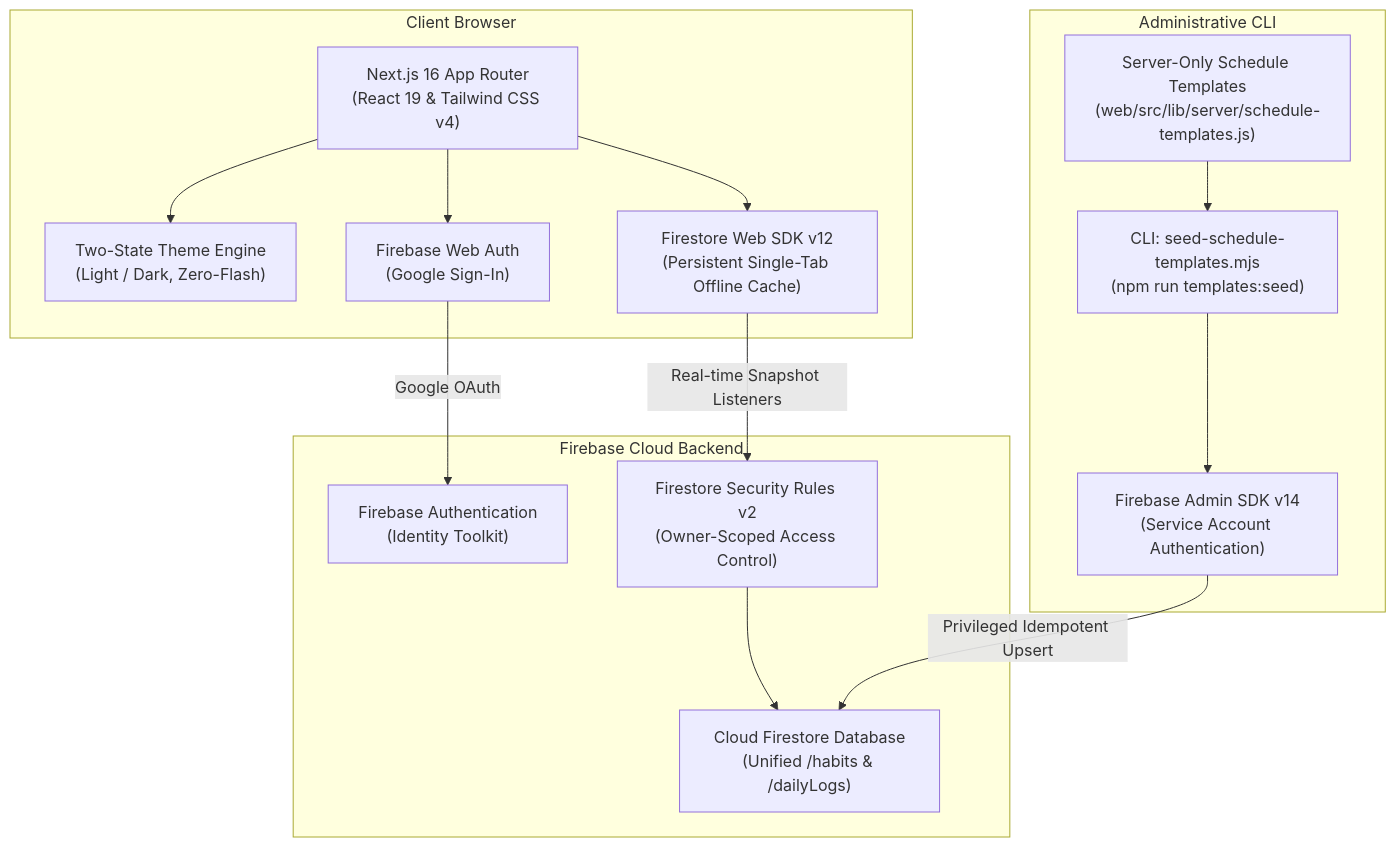
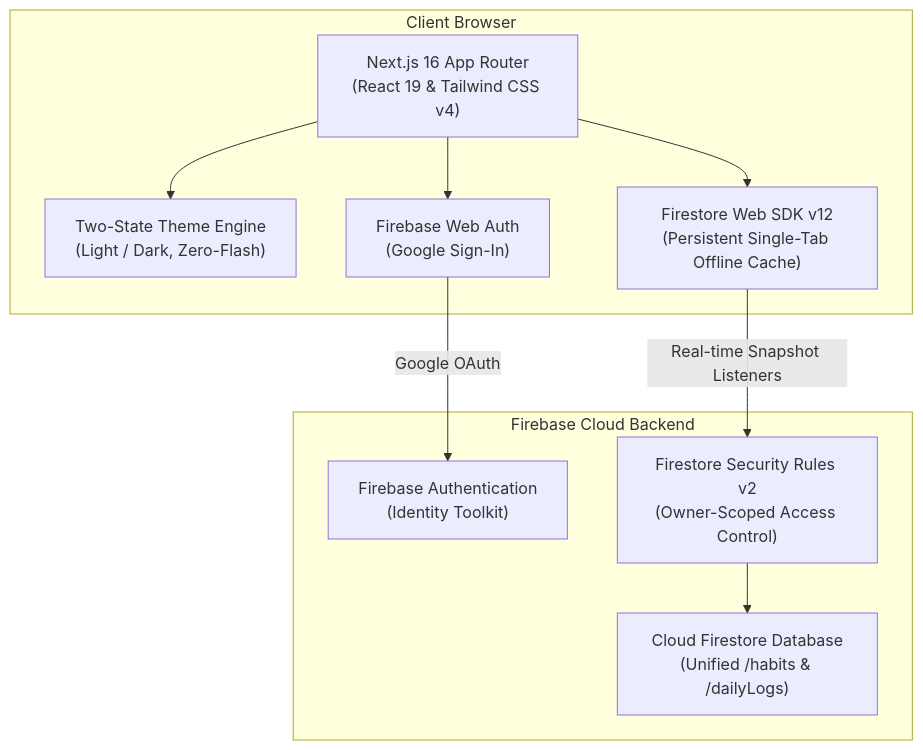
Before and after one commit to manishborikar92/Vritta: the diagram in docs/architecture.md, drawn with Mermaid. The commit also changed other lines of this file and 39 other files, not shown here.

First line of the commit message:
refactor(habits): Consolidate composable habit architecture and remove legacy backup/restore tooling

````diff
--- a/docs/architecture.md
+++ b/docs/architecture.md
@@ -15,33 +15,23 @@
 ```mermaid
 flowchart TD
     subgraph Client Browser
         NextApp["Next.js 16 App Router<br/>(React 19 & Tailwind CSS v4)"]
         ThemeStore["Two-State Theme Engine<br/>(Light / Dark, Zero-Flash)"]
         ClientAuth["Firebase Web Auth<br/>(Google Sign-In)"]
         FirestoreClient["Firestore Web SDK v12<br/>(Persistent Single-Tab Offline Cache)"]
     end
 
     subgraph Firebase Cloud Backend
         FirebaseAuth["Firebase Authentication<br/>(Identity Toolkit)"]
         FirestoreDB["Cloud Firestore Database<br/>(Unified /habits & /dailyLogs)"]
         SecurityRules["Firestore Security Rules v2<br/>(Owner-Scoped Access Control)"]
     end
 
-    subgraph Administrative CLI
-        AdminScript["CLI: seed-schedule-templates.mjs<br/>(npm run templates:seed)"]
-        AdminSDK["Firebase Admin SDK v14<br/>(Service Account Authentication)"]
-        ServerSchedule["Server-Only Schedule Templates<br/>(web/src/lib/server/schedule-templates.js)"]
-    end
-
     NextApp --> ThemeStore
     NextApp --> ClientAuth
     NextApp --> FirestoreClient
 
     ClientAuth -->|Google OAuth| FirebaseAuth
     FirestoreClient -->|Real-time Snapshot Listeners| SecurityRules
     SecurityRules --> FirestoreDB
-
-    AdminScript --> AdminSDK
-    ServerSchedule --> AdminScript
-    AdminSDK -->|Privileged Idempotent Upsert| FirestoreDB
 ```
````
